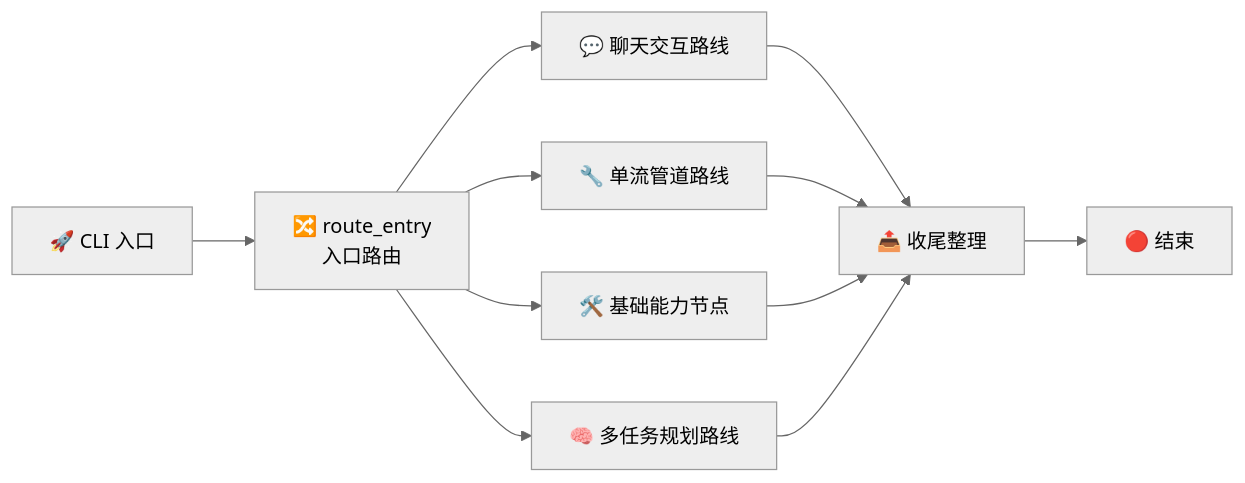
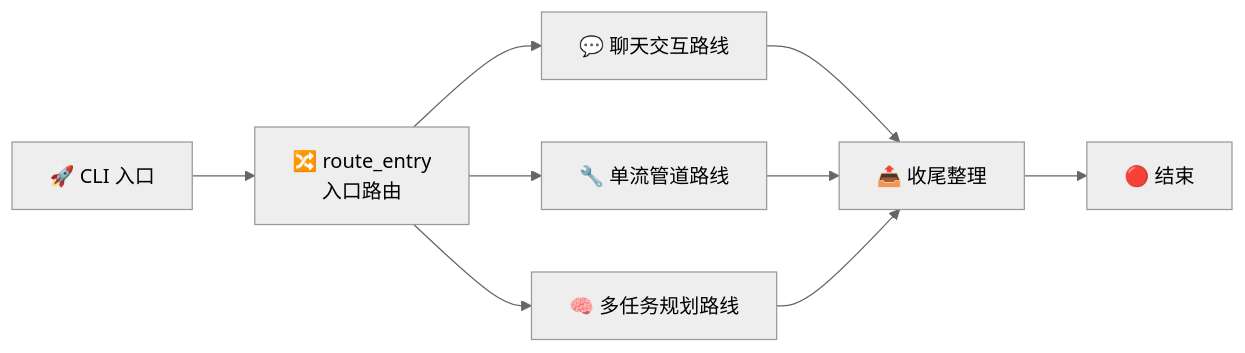
Before and after one commit to pinkllo/autospider: the diagram in README.md, drawn with Mermaid (neutral theme). The commit also changed other lines of this file and 77 other files, not shown here.

````diff
--- a/README.md
+++ b/README.md
@@ -22,14 +22,12 @@
 ```mermaid
 graph LR
   A["🚀 CLI 入口"] --> B["🔀 route_entry<br/>入口路由"]
   B --> C["💬 聊天交互路线"]
   B --> D["🔧 单流管道路线"]
-  B --> E["🛠️ 基础能力节点"]
   B --> F["🧠 多任务规划路线"]
 
   C --> G["📤 收尾整理"]
   D --> G
-  E --> G
   F --> G
   G --> H["🔴 结束"]
 ```
````
